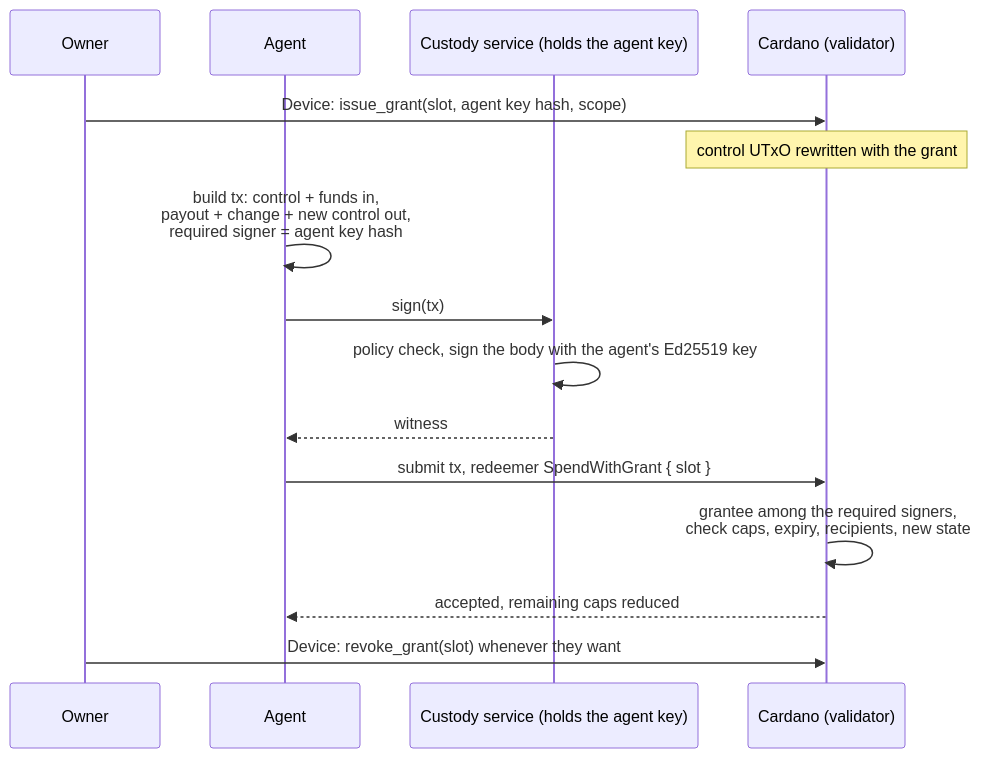
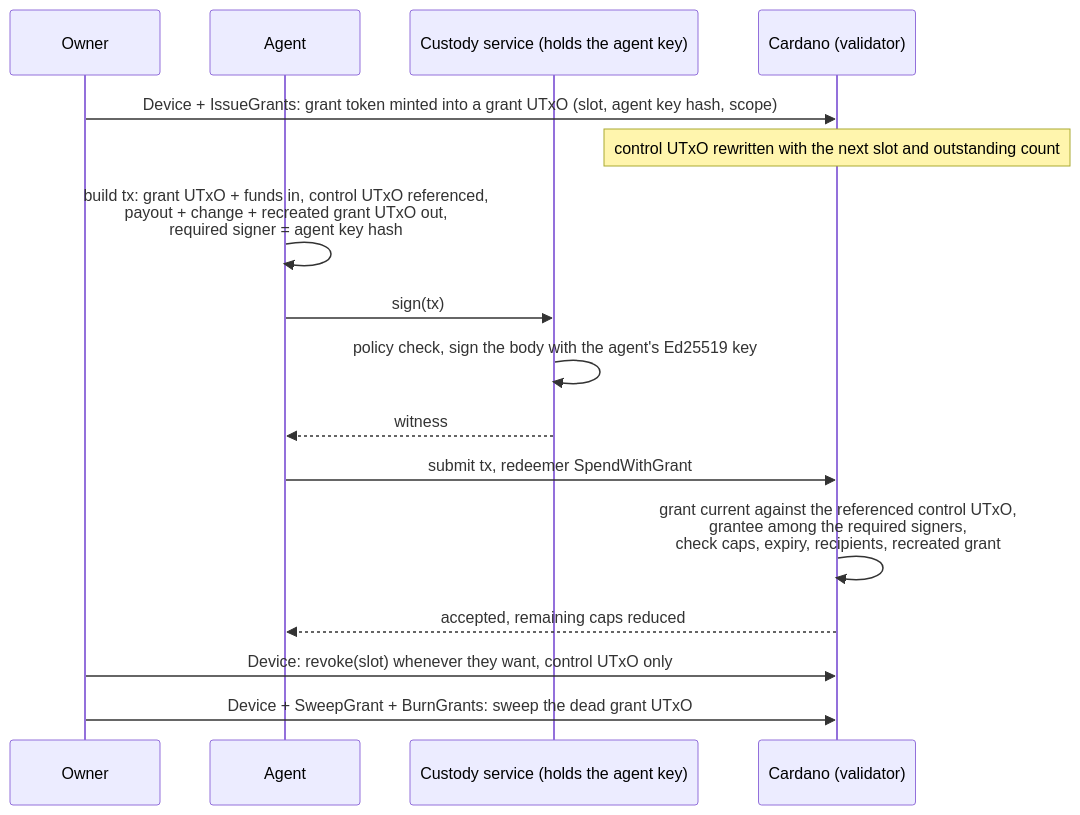
One commit to Biglup/cardano-account-custody-contract changed the fifth of 5 diagrams in README.md. Above: the diagram before and after it, drawn with Mermaid. The commit also changed other lines of this file and 1 other file, not shown here.

First line of the commit message:
docs: describe the per grant model, the creation guarantees and the squat

````diff
--- a/README.md
+++ b/README.md
@@ -182,19 +209,20 @@
 ```mermaid
 sequenceDiagram
     participant Owner
     participant Agent
     participant Custody as Custody service (holds the agent key)
     participant Chain as Cardano (validator)
 
-    Owner->>Chain: Device: issue_grant(slot, agent key hash, scope)
-    Note over Chain: control UTxO rewritten with the grant
+    Owner->>Chain: Device + IssueGrants: grant token minted into a grant UTxO (slot, agent key hash, scope)
+    Note over Chain: control UTxO rewritten with the next slot and outstanding count
 
-    Agent->>Agent: build tx: control + funds in,<br/>payout + change + new control out,<br/>required signer = agent key hash
+    Agent->>Agent: build tx: grant UTxO + funds in, control UTxO referenced,<br/>payout + change + recreated grant UTxO out,<br/>required signer = agent key hash
     Agent->>Custody: sign(tx)
     Custody->>Custody: policy check, sign the body with the agent's Ed25519 key
     Custody-->>Agent: witness
-    Agent->>Chain: submit tx, redeemer SpendWithGrant { slot }
-    Chain->>Chain: grantee among the required signers,<br/>check caps, expiry, recipients, new state
+    Agent->>Chain: submit tx, redeemer SpendWithGrant
+    Chain->>Chain: grant current against the referenced control UTxO,<br/>grantee among the required signers,<br/>check caps, expiry, recipients, recreated grant
     Chain-->>Agent: accepted, remaining caps reduced
-    Owner->>Chain: Device: revoke_grant(slot) whenever they want
+    Owner->>Chain: Device: revoke(slot) whenever they want, control UTxO only
+    Owner->>Chain: Device + SweepGrant + BurnGrants: sweep the dead grant UTxO
 ```
````
